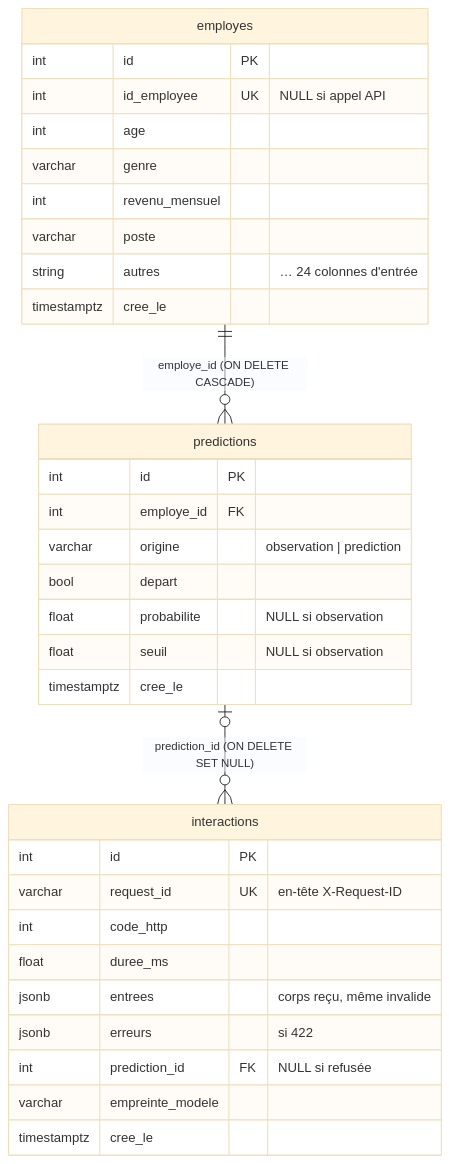
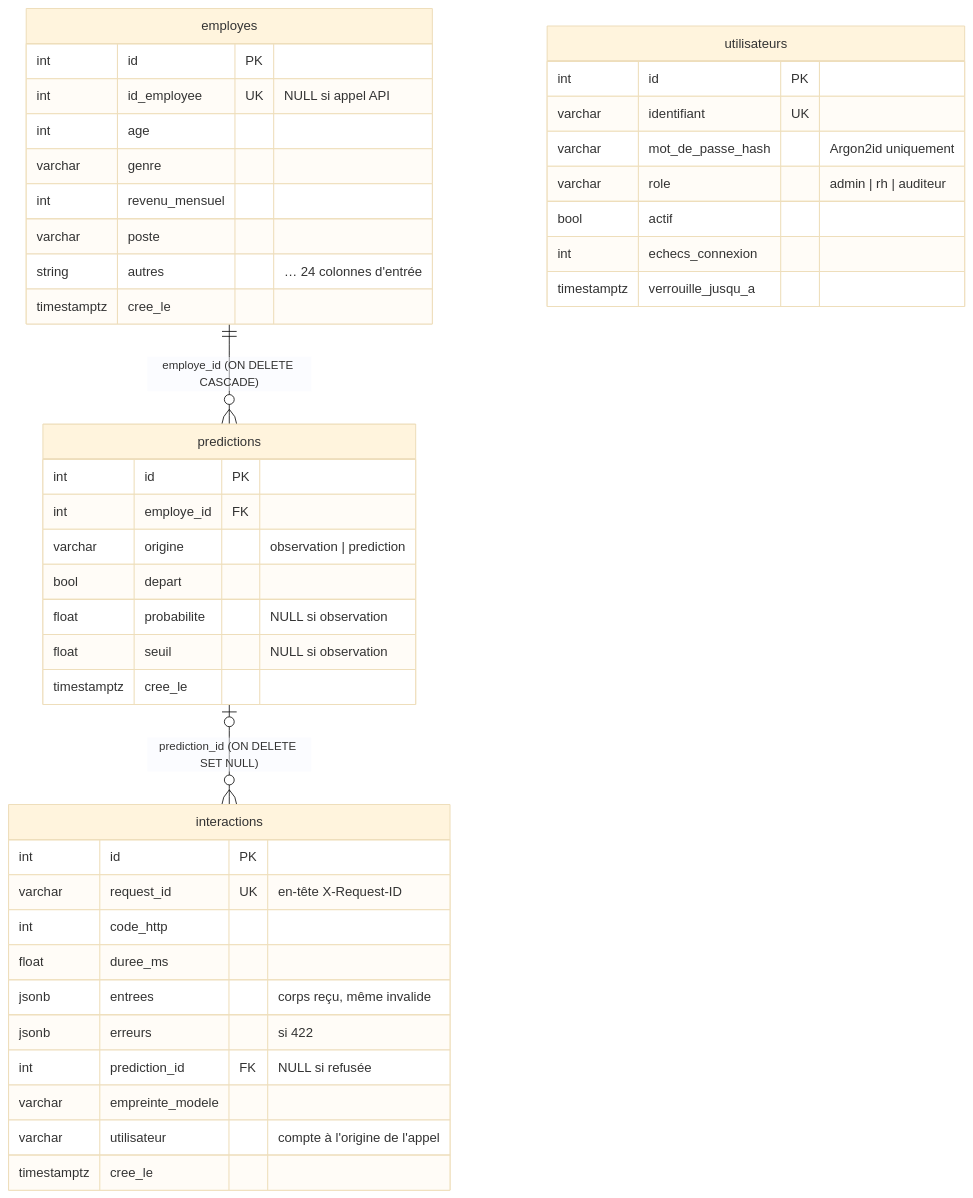
Before and after one commit to tessilimic/turnover_model: the fourth of 4 diagrams in docs/architecture.md, drawn with Mermaid (base theme). The commit also changed other lines of this file and 45 other files, not shown here.

````diff
--- a/docs/architecture.md
+++ b/docs/architecture.md
@@ -81,35 +84,45 @@
 ```mermaid
 erDiagram
     employes ||--o{ predictions : "employe_id (ON DELETE CASCADE)"
     predictions |o--o{ interactions : "prediction_id (ON DELETE SET NULL)"
+    utilisateurs {
+        int id PK
+        varchar identifiant UK
+        varchar mot_de_passe_hash "Argon2id uniquement"
+        varchar role "admin | rh | auditeur"
+        bool actif
+        int echecs_connexion
+        timestamptz verrouille_jusqu_a
+    }
     interactions {
         int id PK
         varchar request_id UK "en-tête X-Request-ID"
         int code_http
         float duree_ms
         jsonb entrees "corps reçu, même invalide"
         jsonb erreurs "si 422"
         int prediction_id FK "NULL si refusée"
         varchar empreinte_modele
+        varchar utilisateur "compte à l'origine de l'appel"
         timestamptz cree_le
     }
     employes {
         int id PK
         int id_employee UK "NULL si appel API"
         int age
         varchar genre
         int revenu_mensuel
         varchar poste
         string autres "… 24 colonnes d'entrée"
         timestamptz cree_le
     }
     predictions {
         int id PK
         int employe_id FK
         varchar origine "observation | prediction"
         bool depart
         float probabilite "NULL si observation"
         float seuil "NULL si observation"
         timestamptz cree_le
     }
 ```
````
